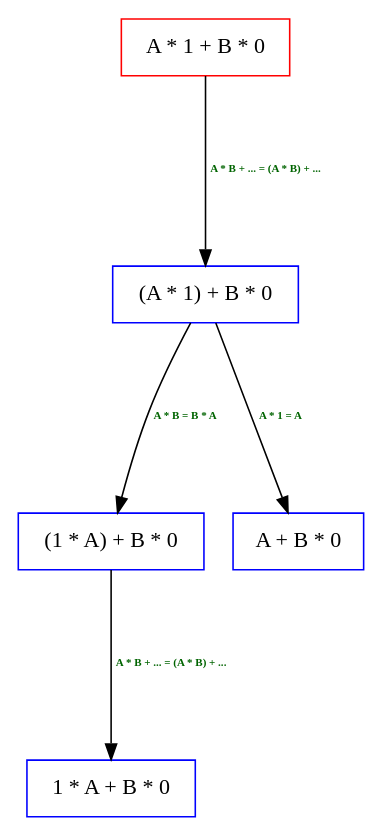
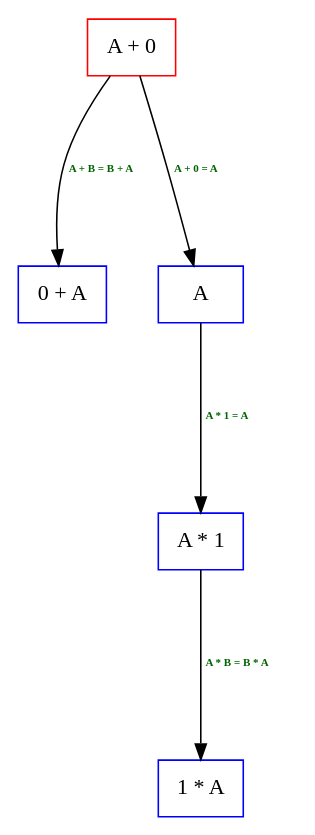
One commit to Nicolas-Reyland/aps changed the diagram in graph.dot. Above: the diagram before and after it, drawn with Graphviz. The commit also changed 1 other file, not shown here.

```diff
--- a/graph.dot
+++ b/graph.dot
@@ -1,19 +1,19 @@
 /* DOT FORMAT START */
 digraph G {
 	edge [minlen=3.5];
-	0 [shape=record color=red label="A * 1 + B * 0"];
+	0 [shape=record color=red label="A + 0"];
 
-	1 [shape=record color=blue label="(A * 1) + B * 0"];
-	0 -> 1 [label=< <B> A * B + ... = (A * B) + ... </B> > fontsize=7 fontcolor=darkgreen];
+	1 [shape=record color=blue label="0 + A"];
+	0 -> 1 [label=< <B> A + B = B + A </B> > fontsize=7 fontcolor=darkgreen];
 
-	2 [shape=record color=blue label="(1 * A) + B * 0"];
-	1 -> 2 [label=< <B> A * B = B * A </B> > fontsize=7 fontcolor=darkgreen];
+	2 [shape=record color=blue label="A"];
+	0 -> 2 [label=< <B> A + 0 = A </B> > fontsize=7 fontcolor=darkgreen];
 
-	3 [shape=record color=blue label="A + B * 0"];
-	1 -> 3 [label=< <B> A * 1 = A </B> > fontsize=7 fontcolor=darkgreen];
+	3 [shape=record color=blue label="A * 1"];
+	2 -> 3 [label=< <B> A * 1 = A </B> > fontsize=7 fontcolor=darkgreen];
 
-	4 [shape=record color=blue label="1 * A + B * 0"];
-	2 -> 4 [label=< <B> A * B + ... = (A * B) + ... </B> > fontsize=7 fontcolor=darkgreen];
+	4 [shape=record color=blue label="1 * A"];
+	3 -> 4 [label=< <B> A * B = B * A </B> > fontsize=7 fontcolor=darkgreen];
 
 }
 /* DOT FORMAT END */
```
